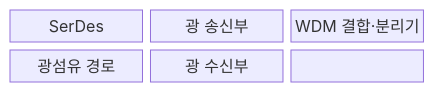
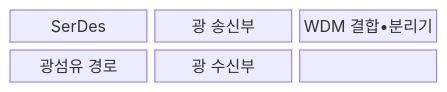
Before and after one commit to agnusdei1207/knowledge-base: the first of 2 diagrams in src/content/docs/notes/02-hardware/089_optical_interconnect.md, drawn with Mermaid. The commit also changed other lines of this file and 953 other files, not shown here.

````diff
--- a/src/content/docs/notes/02-hardware/089_optical_interconnect.md
+++ b/src/content/docs/notes/02-hardware/089_optical_interconnect.md
@@ -75,11 +75,11 @@
 ```mermaid
 block
   columns 3
   S["SerDes"]
   T["광 송신부"]
-  W["WDM 결합·분리기"]
+  W["WDM 결합•분리기"]
   F["광섬유 경로"]
   R["광 수신부"]
   S --- T --- W
   W --- F --- R
 ```
````
